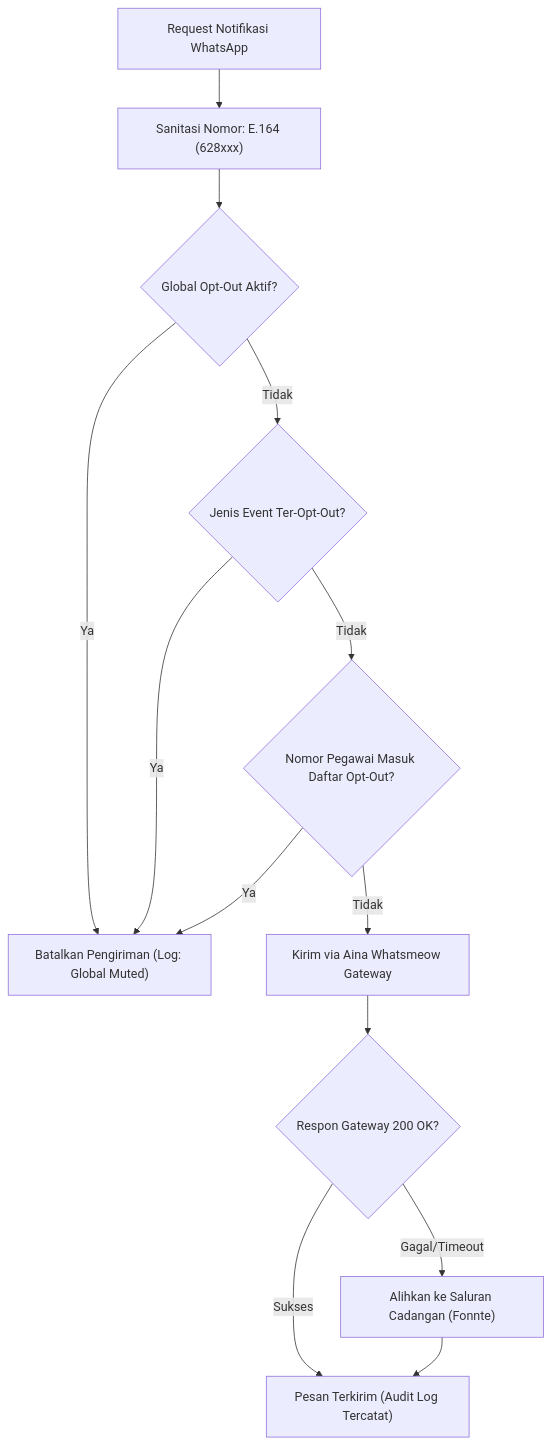
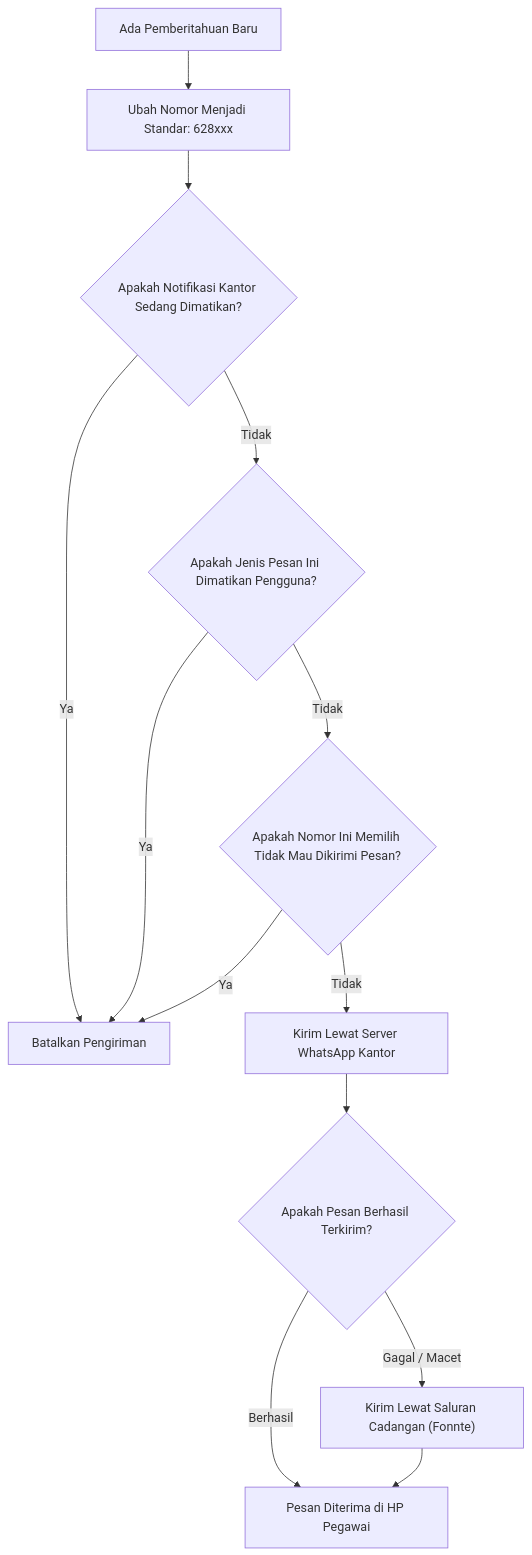
The second of 2 diagrams in docs/architecture/08_cross_cutting_concepts.md (ihkaru/sipedas), drawn with Mermaid before and after one commit. The commit also changed other lines of this file and 11 other files, not shown here.

Commit message:
docs(arc42): rewrite enterprise architecture documentation into crystal-clear plain Indonesian without jargon

````diff
--- a/docs/architecture/08_cross_cutting_concepts.md
+++ b/docs/architecture/08_cross_cutting_concepts.md
@@ -76,15 +69,15 @@
 ```mermaid
 flowchart TD
-    Start["Request Notifikasi WhatsApp"] --> Clean["Sanitasi Nomor: E.164 (628xxx)"]
-    Clean --> GlobalCheck{"Global Opt-Out Aktif?"}
-    GlobalCheck -->|Ya| Drop["Batalkan Pengiriman (Log: Global Muted)"]
-    GlobalCheck -->|Tidak| EventCheck{"Jenis Event Ter-Opt-Out?"}
-    EventCheck -->|Ya| Drop
-    EventCheck -->|Tidak| UserCheck{"Nomor Pegawai Masuk Daftar Opt-Out?"}
-    UserCheck -->|Ya| Drop
-    UserCheck -->|Tidak| SendGateway["Kirim via Aina Whatsmeow Gateway"]
-    SendGateway --> ResCheck{"Respon Gateway 200 OK?"}
-    ResCheck -->|Gagal/Timeout| Failover["Alihkan ke Saluran Cadangan (Fonnte)"]
-    ResCheck -->|Sukses| Success["Pesan Terkirim (Audit Log Tercatat)"]
-    Failover --> Success
+    Mulai["Ada Pemberitahuan Baru"] --> Bersihkan["Ubah Nomor Menjadi Standar: 628xxx"]
+    Bersihkan --> CekMatiSemua{"Apakah Notifikasi Kantor Sedang Dimatikan?"}
+    CekMatiSemua -->|Ya| JanganKirim["Batalkan Pengiriman"]
+    CekMatiSemua -->|Tidak| CekJenis{"Apakah Jenis Pesan Ini Dimatikan Pengguna?"}
+    CekJenis -->|Ya| JanganKirim
+    CekJenis -->|Tidak| CekOrang{"Apakah Nomor Ini Memilih Tidak Mau Dikirimi Pesan?"}
+    CekOrang -->|Ya| JanganKirim
+    CekOrang -->|Tidak| KirimUtama["Kirim Lewat Server WhatsApp Kantor"]
+    KirimUtama --> CekHasil{"Apakah Pesan Berhasil Terkirim?"}
+    CekHasil -->|Gagal / Macet| KirimCadangan["Kirim Lewat Saluran Cadangan (Fonnte)"]
+    CekHasil -->|Berhasil| Selesai["Pesan Diterima di HP Pegawai"]
+    KirimCadangan --> Selesai
 ```
````
